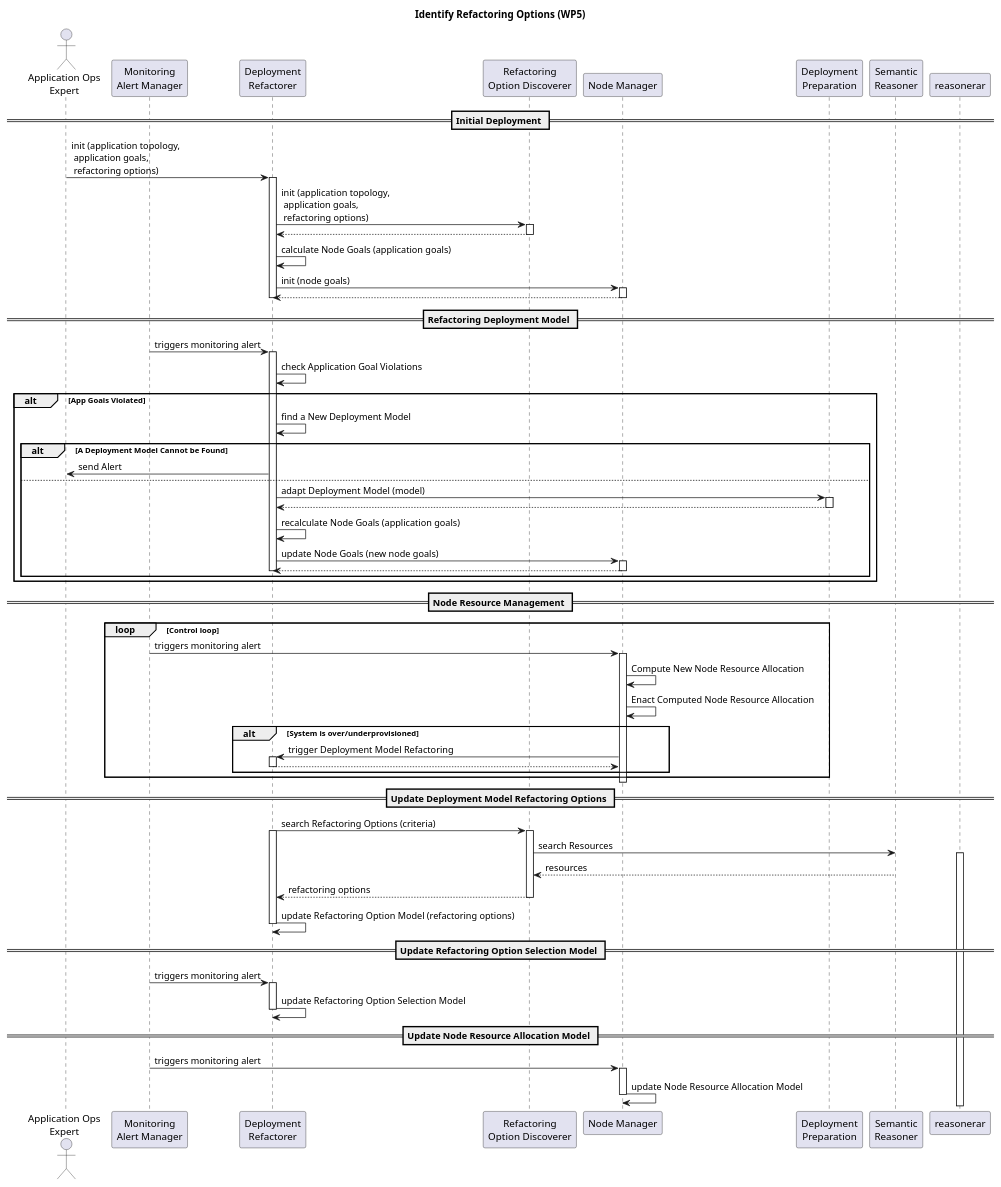
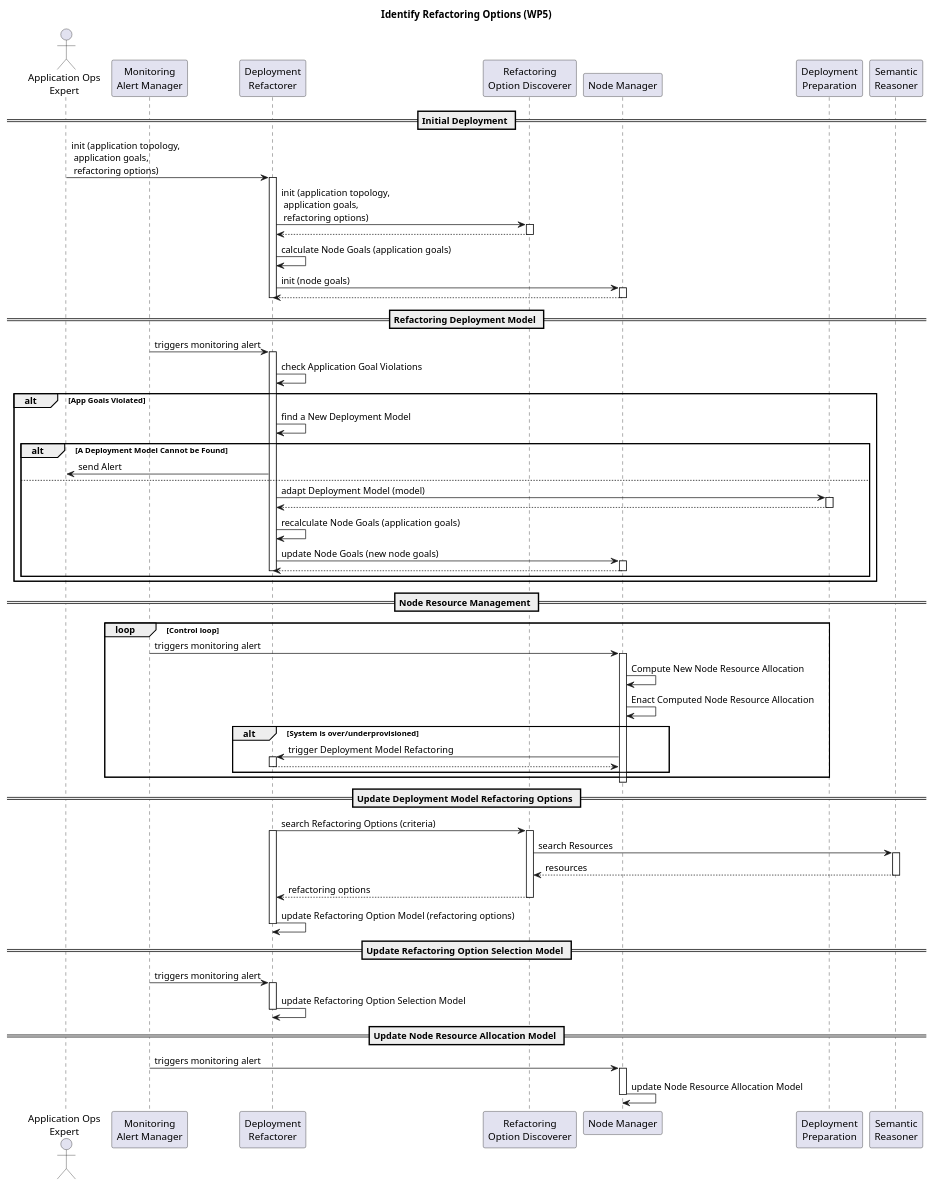
Before and after one commit to SODALITE-EU/project-wide-documentation: the diagram in uml/sequence-diagrams/UC-09-IdentifyRefactoringOptions-WP5.puml, drawn with PlantUML.

Commit message:
Update UC-09-IdentifyRefactoringOptions-WP5.puml
Updated UC-09

```diff
--- a/uml/sequence-diagrams/UC-09-IdentifyRefactoringOptions-WP5.puml
+++ b/uml/sequence-diagrams/UC-09-IdentifyRefactoringOptions-WP5.puml
@@ -1,93 +1,93 @@
 @startuml
 title Identify Refactoring Options (WP5)
 
 actor "Application Ops\nExpert" as ops
 participant “Monitoring\nAlert Manager” as ma
 participant “Deployment\nRefactorer” as dr
 participant “Refactoring\nOption Discoverer” as rof
 participant “Node Manager” as nm
 participant “Deployment\nPreparation” as orch
 participant "Semantic\nReasoner" as reasoner
 
 == Initial Deployment ==
 
 ops -> dr: init (application topology,\n application goals,\n refactoring options)
 activate dr
 dr -> rof: init (application topology,\n application goals,\n refactoring options)
 activate rof
 rof --> dr
 deactivate rof
 dr -> dr: calculate Node Goals (application goals)
 dr -> nm: init (node goals)
 activate nm
 nm --> dr
 deactivate nm
 deactivate dr
 
 == Refactoring Deployment Model ==
 ma-> dr: triggers monitoring alert
 activate dr
 dr -> dr : check Application Goal Violations
 alt App Goals Violated
 dr -> dr: find a New Deployment Model
    alt A Deployment Model Cannot be Found
        dr -> ops: send Alert
    else
        'dr-> dr: generate Adaptation Plan (\ncurrent model, new model)
        dr -> orch: adapt Deployment Model (model)
        activate orch
        'orch->orch: enact Adaptation Plan
        orch --> dr
        deactivate orch
        dr -> dr: recalculate Node Goals (application goals)
        dr -> nm: update Node Goals (new node goals)
        activate nm
        nm --> dr
        deactivate nm
        deactivate dr
    end
 end
 
 == Node Resource Management ==
 
 loop Control loop
 ma-> nm: triggers monitoring alert
 activate nm
 nm -> nm: Compute New Node Resource Allocation
    nm -> nm: Enact Computed Node Resource Allocation
    alt  System is over/underprovisioned
        nm -> dr: trigger Deployment Model Refactoring
        activate dr
        dr --> nm:
        deactivate dr
    end
 end
 deactivate nm
 
 == Update Deployment Model Refactoring Options ==
 
 dr -> rof: search Refactoring Options (criteria)
 activate dr
 activate rof
 rof -> reasoner: search Resources
-activate reasonerar
+activate reasoner
 reasoner --> rof: resources
 deactivate reasoner
 rof --> dr:  refactoring options
 deactivate rof
 dr -> dr: update Refactoring Option Model (refactoring options)
 deactivate dr
 
 == Update Refactoring Option Selection Model ==
 ma-> dr: triggers monitoring alert
 activate dr
 dr -> dr: update Refactoring Option Selection Model
 
 deactivate dr
 
 == Update Node Resource Allocation Model ==
 ma-> nm: triggers monitoring alert
 activate nm
 nm -> nm: update Node Resource Allocation Model
 deactivate nm
 @enduml
```
